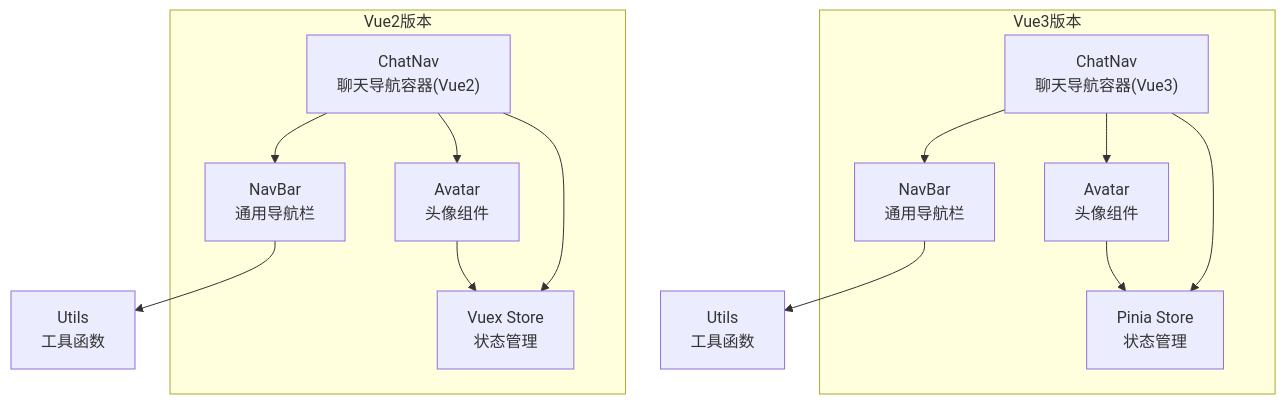
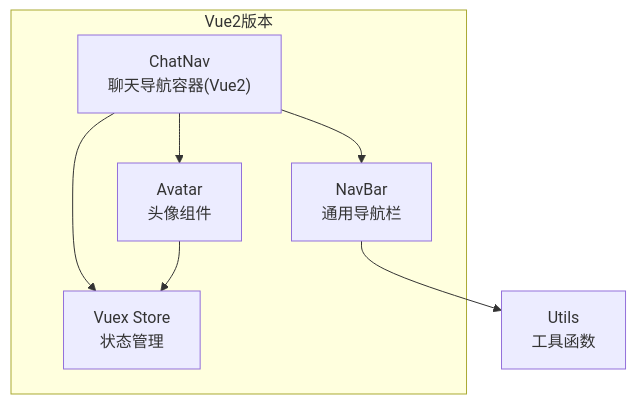
One commit to Easemob-Community/easemob-uikit-uniapp-community changed the first of 7 diagrams in .qoder/repowiki/zh/content/聊天模块/聊天导航组件.md. Above: the diagram before and after it, drawn with Mermaid. The commit also changed other lines of this file and 11 other files, not shown here.

````diff
--- a/.qoder/repowiki/zh/content/聊天模块/聊天导航组件.md
+++ b/.qoder/repowiki/zh/content/聊天模块/聊天导航组件.md
@@ -60,17 +45,10 @@
 ```mermaid
 graph TB
-subgraph "Vue3版本"
-ChatNav3["ChatNav<br/>聊天导航容器(Vue3)"] --> NavBar3["NavBar<br/>通用导航栏"]
-ChatNav3 --> Avatar3["Avatar<br/>头像组件"]
-ChatNav3 --> Stores3["Pinia Store<br/>状态管理"]
-end
 subgraph "Vue2版本"
 ChatNav2["ChatNav<br/>聊天导航容器(Vue2)"] --> NavBar2["NavBar<br/>通用导航栏"]
 ChatNav2 --> Avatar2["Avatar<br/>头像组件"]
 ChatNav2 --> Stores2["Vuex Store<br/>状态管理"]
 end
-NavBar3 --> Utils3["Utils<br/>工具函数"]
-Avatar3 --> Stores3
 NavBar2 --> Utils2["Utils<br/>工具函数"]
 Avatar2 --> Stores2
 ```
````
